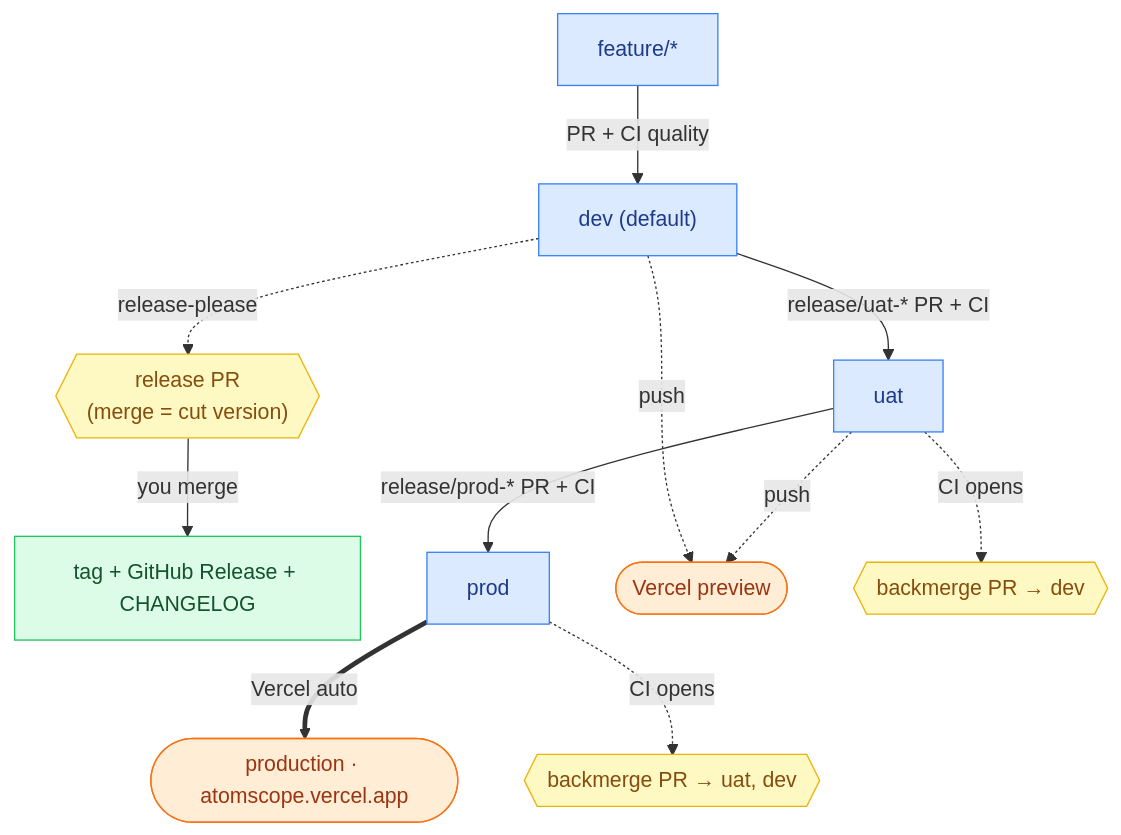
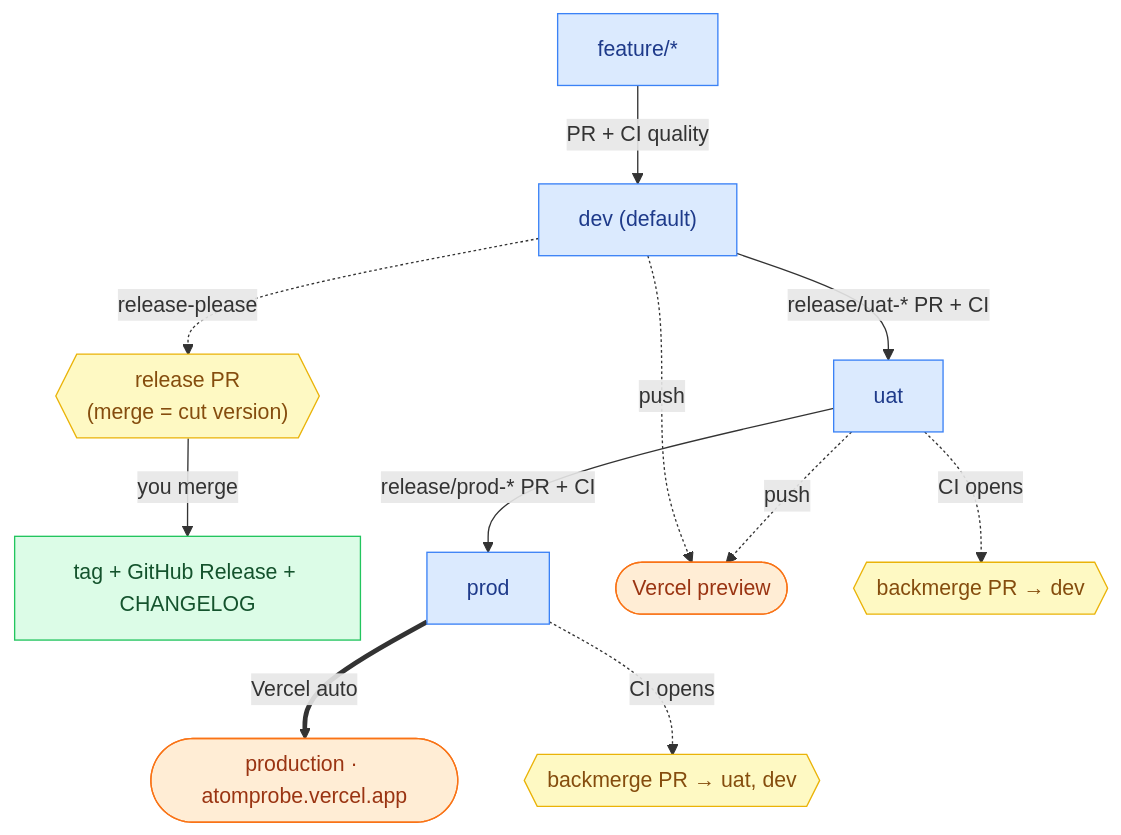
One commit to RemyJerrie1/AtomProbe changed the diagram in FLOW.md. Above: the diagram before and after it, drawn with Mermaid.

Commit message:
docs: update FLOW.md production URL to atomprobe.vercel.app

````diff
--- a/FLOW.md
+++ b/FLOW.md
@@ -3,16 +3,16 @@
 ```mermaid
 flowchart TB
   F["feature/*"]:::br -->|PR + CI quality| DEV["dev (default)"]:::br
   DEV -. release-please .-> RP{{"release PR<br/>(merge = cut version)"}}:::man
   RP -->|you merge| REL["tag + GitHub Release + CHANGELOG"]:::ci
   DEV -->|release/uat-* PR + CI| UAT["uat"]:::br
   UAT -->|release/prod-* PR + CI| PROD["prod"]:::br
-  PROD ==>|Vercel auto| LIVE(["production · atomscope.vercel.app"]):::dep
+  PROD ==>|Vercel auto| LIVE(["production · atomprobe.vercel.app"]):::dep
   DEV & UAT -. push .-> PREV(["Vercel preview"]):::dep
   UAT -. CI opens .-> BMU{{"backmerge PR → dev"}}:::man
   PROD -. CI opens .-> BMP{{"backmerge PR → uat, dev"}}:::man
   classDef br fill:#dbeafe,stroke:#3b82f6,color:#1e3a8a;
   classDef ci fill:#dcfce7,stroke:#22c55e,color:#14532d;
   classDef man fill:#fef9c3,stroke:#eab308,color:#854d0e;
   classDef dep fill:#ffedd5,stroke:#f97316,color:#9a3412;
 ```
````
